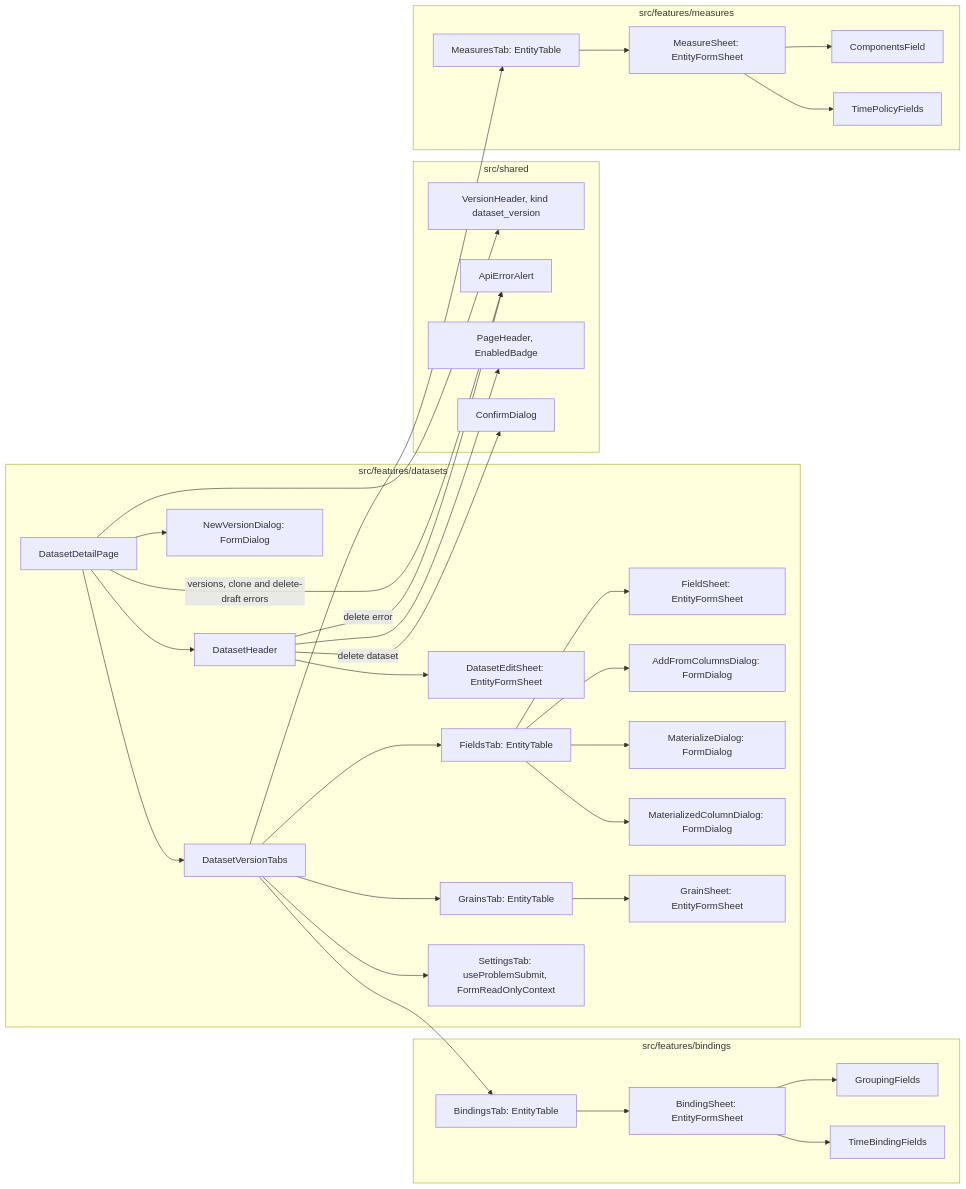
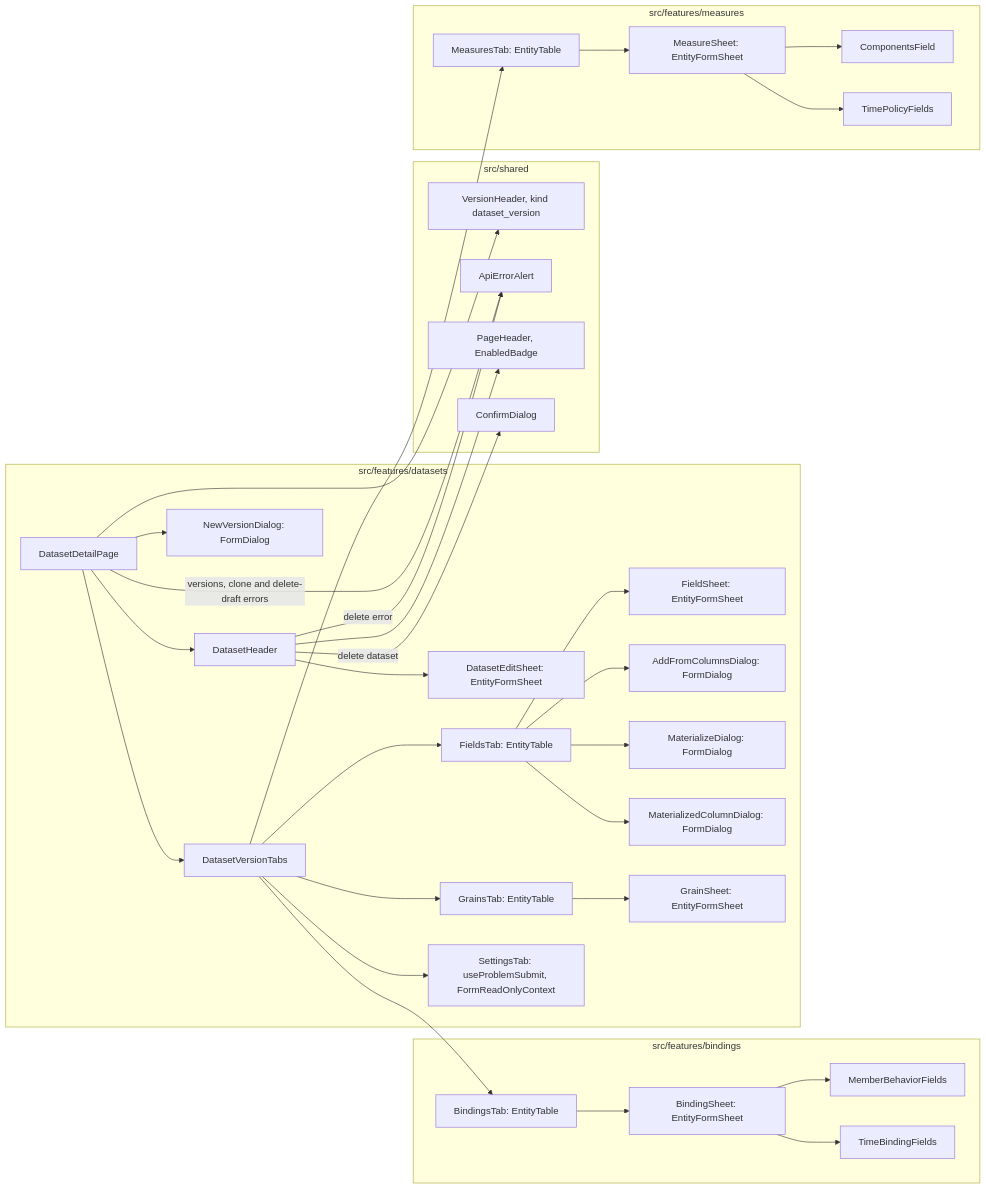
Before and after one commit to chrisaliotta/Quantalytix.QueryEngine.Admin: the sixth of 6 diagrams in web/docs/architecture/02-composition.md, drawn with Mermaid. The commit also changed other lines of this file and 162 other files, not shown here.

First line of the commit message:
feat: enhance API documentation and architecture for dimensions and reports

````diff
--- a/web/docs/architecture/02-composition.md
+++ b/web/docs/architecture/02-composition.md
@@ -247,61 +247,61 @@
 ```mermaid
 flowchart LR
     subgraph datasetsFeature ["src/features/datasets"]
         Page["DatasetDetailPage"]
         Header["DatasetHeader"]
         EditSheet["DatasetEditSheet: EntityFormSheet"]
         NewVersion["NewVersionDialog: FormDialog"]
         Tabs["DatasetVersionTabs"]
         FieldsTab["FieldsTab: EntityTable"]
         FieldSheet["FieldSheet: EntityFormSheet"]
         AddColumns["AddFromColumnsDialog: FormDialog"]
         Materialize["MaterializeDialog: FormDialog"]
         MaterializedColumn["MaterializedColumnDialog: FormDialog"]
         GrainsTab["GrainsTab: EntityTable"]
         GrainSheet["GrainSheet: EntityFormSheet"]
         SettingsTab["SettingsTab: useProblemSubmit, FormReadOnlyContext"]
     end
     subgraph sharedParts ["src/shared"]
         Versions["VersionHeader, kind dataset_version"]
         Alert["ApiErrorAlert"]
         HeaderParts["PageHeader, EnabledBadge"]
         Confirm["ConfirmDialog"]
     end
     subgraph bindingsFeature ["src/features/bindings"]
         BindingsTab["BindingsTab: EntityTable"]
         BindingSheet["BindingSheet: EntityFormSheet"]
-        Grouping["GroupingFields"]
+        MemberBehavior["MemberBehaviorFields"]
         TimeBinding["TimeBindingFields"]
     end
     subgraph measuresFeature ["src/features/measures"]
         MeasuresTab["MeasuresTab: EntityTable"]
         MeasureSheet["MeasureSheet: EntityFormSheet"]
         ComponentsField["ComponentsField"]
         TimePolicy["TimePolicyFields"]
     end
     Page --> Header
     Page --> Versions
     Page -->|"versions, clone and delete-draft errors"| Alert
     Page --> Tabs
     Page --> NewVersion
     Header --> HeaderParts
     Header -->|"delete error"| Alert
     Header --> EditSheet
     Header -->|"delete dataset"| Confirm
     Tabs --> FieldsTab
     Tabs --> GrainsTab
     Tabs --> BindingsTab
     Tabs --> MeasuresTab
     Tabs --> SettingsTab
     FieldsTab --> FieldSheet
     FieldsTab --> AddColumns
     FieldsTab --> Materialize
     FieldsTab --> MaterializedColumn
     GrainsTab --> GrainSheet
     BindingsTab --> BindingSheet
-    BindingSheet --> Grouping
+    BindingSheet --> MemberBehavior
     BindingSheet --> TimeBinding
     MeasuresTab --> MeasureSheet
     MeasureSheet --> ComponentsField
     MeasureSheet --> TimePolicy
 ```
````
